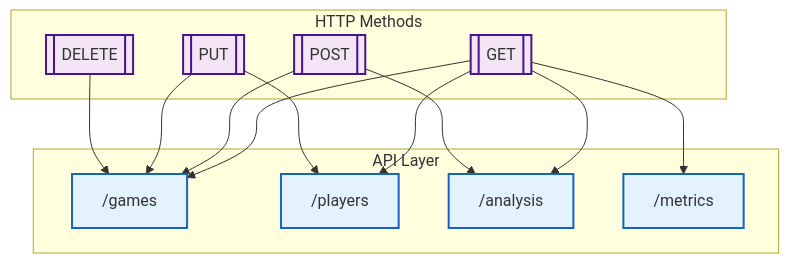
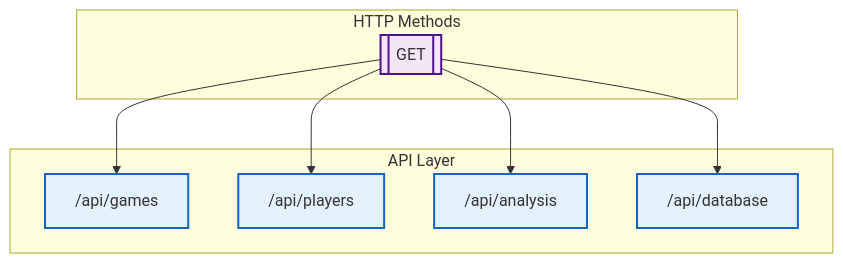
The first of 4 diagrams in docs/api-reference.md (nessaee/chess-database), drawn with Mermaid before and after one commit. The commit also changed other lines of this file and 1 other file, not shown here.

```diff
--- a/docs/api-reference.md
+++ b/docs/api-reference.md
@@ -29,27 +21,21 @@
 <pre class="mermaid">
 graph TB
     subgraph API["API Layer"]
-        GAMES["/games"]
-        PLAYERS["/players"]
-        ANALYSIS["/analysis"]
-        METRICS["/metrics"]
+        GAMES["/api/games"]
+        PLAYERS["/api/players"]
+        ANALYSIS["/api/analysis"]
+        DATABASE["/api/database"]
     end
     
     subgraph Methods["HTTP Methods"]
         GET[["GET"]]
-        POST[["POST"]]
-        PUT[["PUT"]]
-        DELETE[["DELETE"]]
     end
     
-    GET --> GAMES & PLAYERS & ANALYSIS & METRICS
-    POST --> GAMES & ANALYSIS
-    PUT --> GAMES & PLAYERS
-    DELETE --> GAMES
+    GET --> GAMES & PLAYERS & ANALYSIS & DATABASE
     
     classDef endpoint fill:#e3f2fd,stroke:#1565c0,stroke-width:2px
     classDef method fill:#f3e5f5,stroke:#4a148c,stroke-width:2px
     
-    class GAMES,PLAYERS,ANALYSIS,METRICS endpoint
-    class GET,POST,PUT,DELETE method
+    class GAMES,PLAYERS,ANALYSIS,DATABASE endpoint
+    class GET method
 </pre>
```
